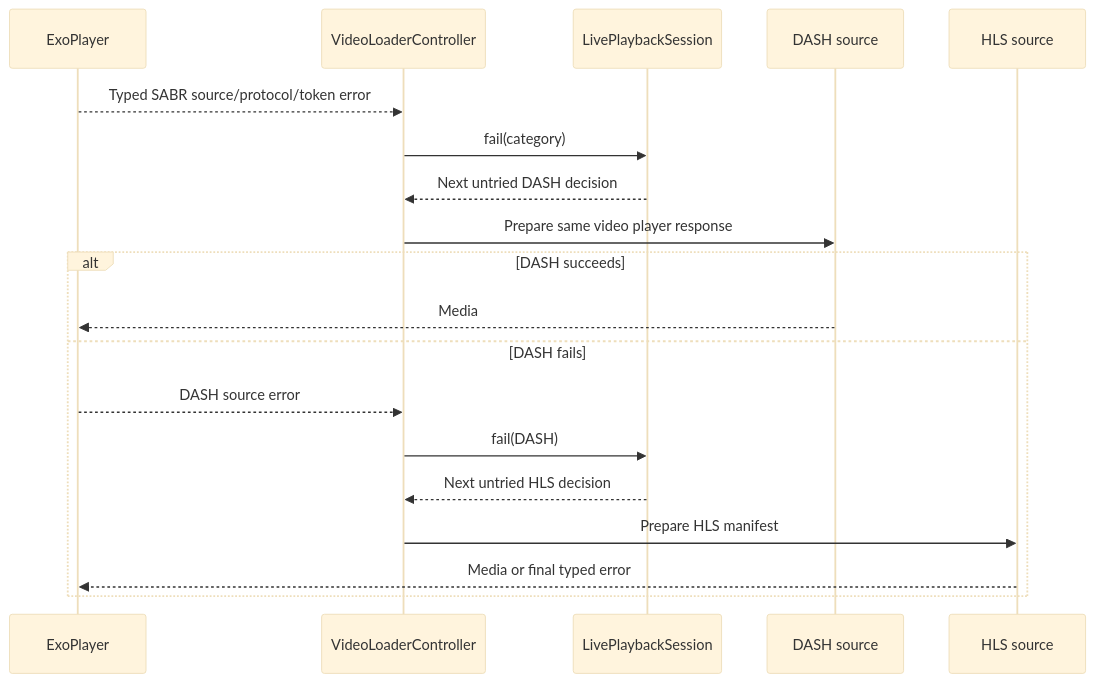
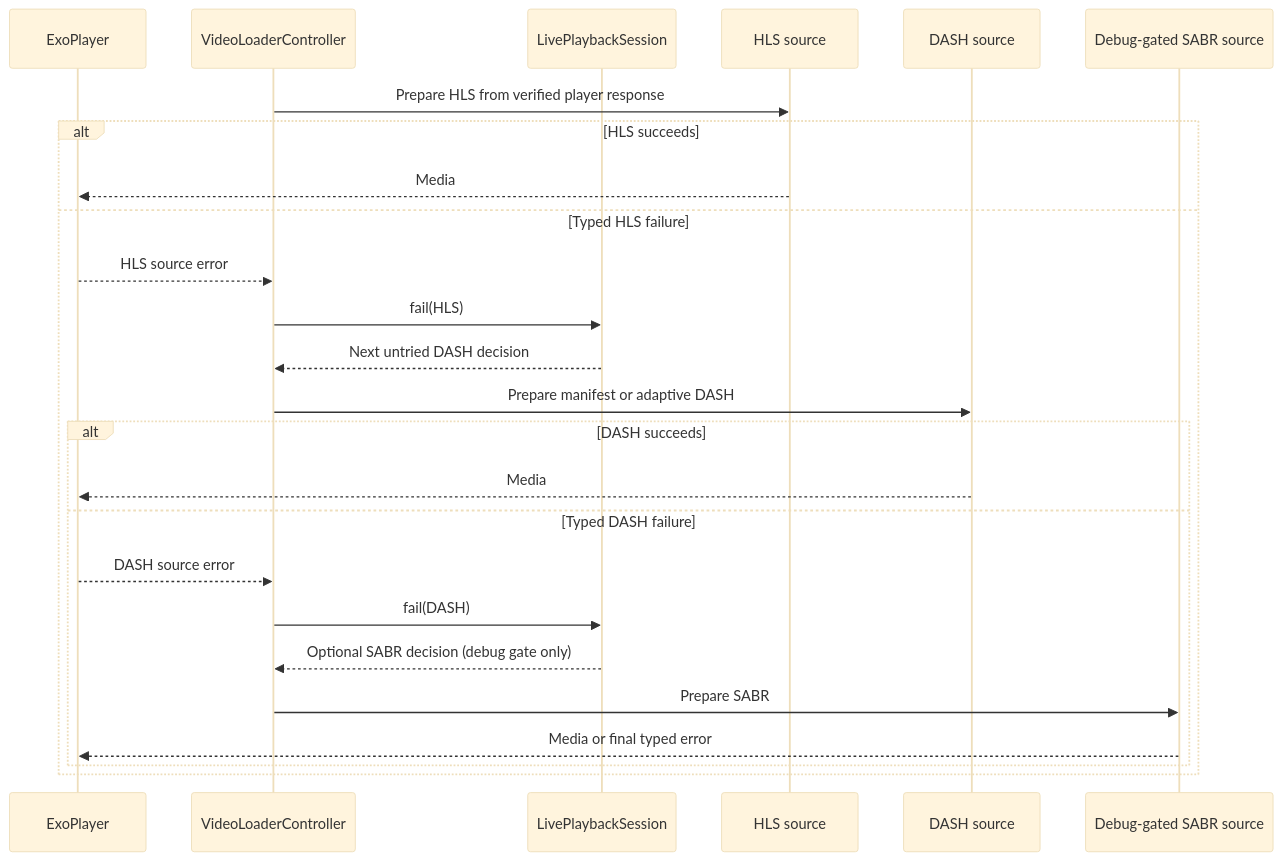
The third of 4 diagrams in docs/youtube-live-channel-playback.md (yuliskov/SmartTube), drawn with Mermaid (base theme) before and after one commit. The commit also changed other lines of this file, not shown here.

Commit message:
docs: record final live playback verification

````diff
--- a/docs/youtube-live-channel-playback.md
+++ b/docs/youtube-live-channel-playback.md
@@ -183,21 +185,27 @@
 ```mermaid
 sequenceDiagram
     participant X as ExoPlayer
     participant L as VideoLoaderController
     participant S as LivePlaybackSession
+    participant H as HLS source
     participant D as DASH source
-    participant H as HLS source
-    X-->>L: Typed SABR source/protocol/token error
-    L->>S: fail(category)
-    S-->>L: Next untried DASH decision
-    L->>D: Prepare same video player response
-    alt DASH succeeds
-        D-->>X: Media
-    else DASH fails
-        X-->>L: DASH source error
-        L->>S: fail(DASH)
-        S-->>L: Next untried HLS decision
-        L->>H: Prepare HLS manifest
-        H-->>X: Media or final typed error
+    participant B as Debug-gated SABR source
+    L->>H: Prepare HLS from verified player response
+    alt HLS succeeds
+        H-->>X: Media
+    else Typed HLS failure
+        X-->>L: HLS source error
+        L->>S: fail(HLS)
+        S-->>L: Next untried DASH decision
+        L->>D: Prepare manifest or adaptive DASH
+        alt DASH succeeds
+            D-->>X: Media
+        else Typed DASH failure
+            X-->>L: DASH source error
+            L->>S: fail(DASH)
+            S-->>L: Optional SABR decision (debug gate only)
+            L->>B: Prepare SABR
+            B-->>X: Media or final typed error
+        end
     end
 ```
````
